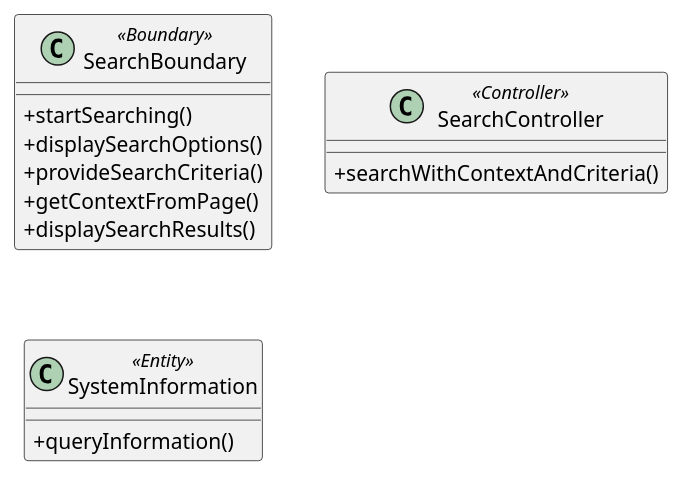
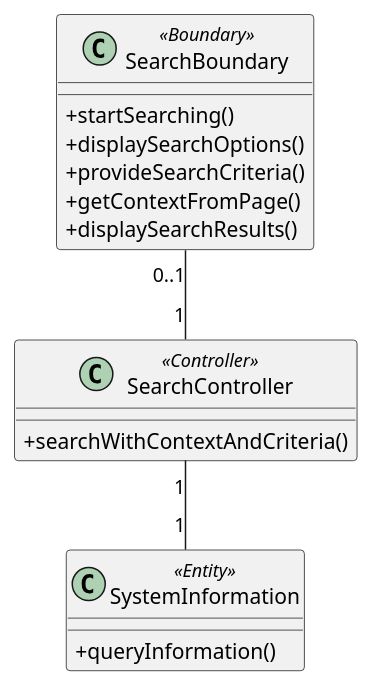
One commit to Lorilandly/ESN changed the diagram in docs/ooa/search-information/vopc.puml. Above: the diagram before and after it, drawn with PlantUML.

Commit message:
Add relations in Search Information VOPC

```diff
--- a/docs/ooa/search-information/vopc.puml
+++ b/docs/ooa/search-information/vopc.puml
@@ -1,21 +1,24 @@
 @startuml
 
 skinparam ClassAttributeIconSize 0
 
 class SearchBoundary <<Boundary>> {
     + startSearching()
     + displaySearchOptions()
     + provideSearchCriteria()
     + getContextFromPage()
     + displaySearchResults()
 }
 
 class SearchController <<Controller>> {
     + searchWithContextAndCriteria()
 }
 
 class SystemInformation <<Entity>> {
     + queryInformation()
 }
 
+SearchBoundary "0..1" -- "1" SearchController 
+SearchController "1" -- "1" SystemInformation 
+
 @enduml
```
